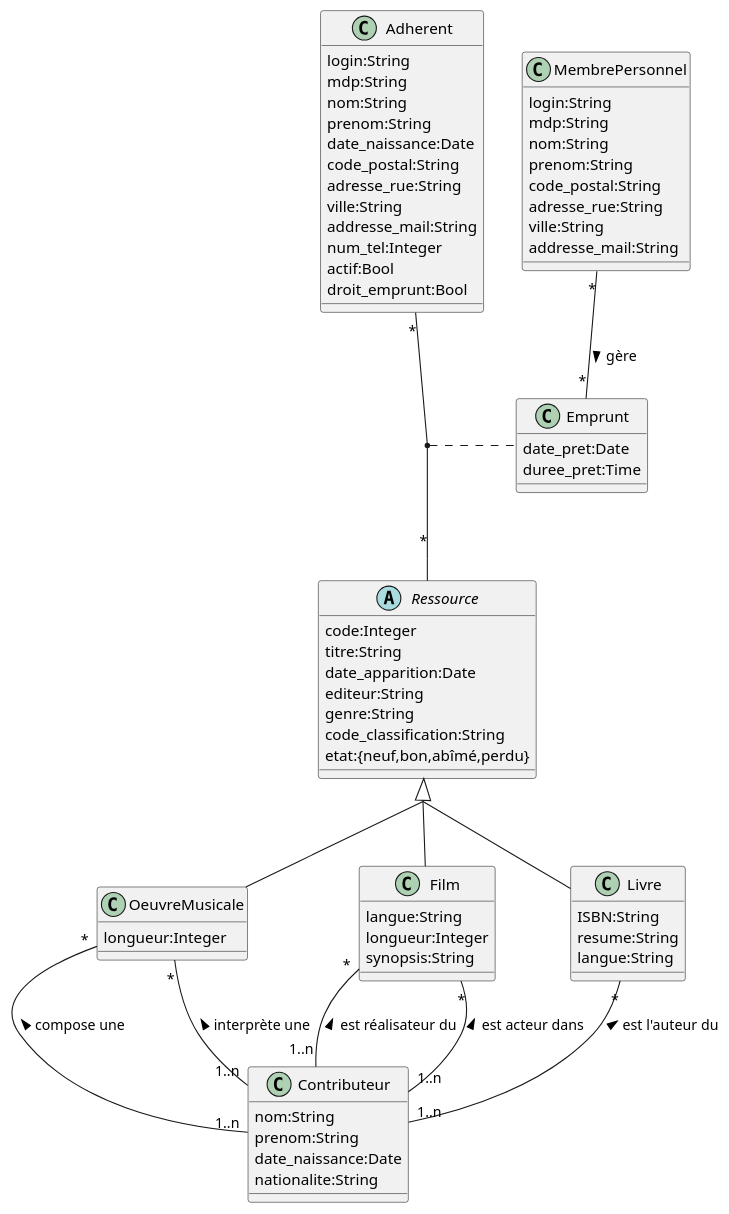
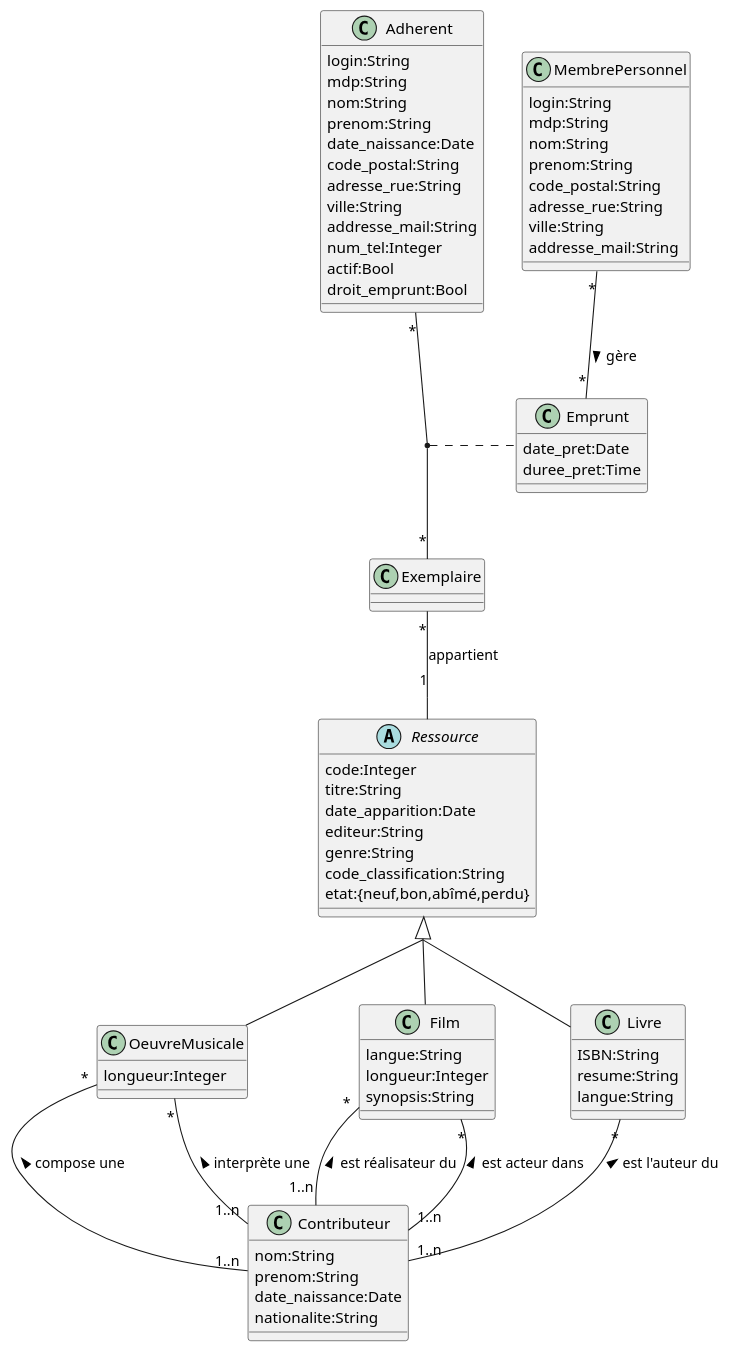
One commit to HouzeZHANG/NF18-DataBase-Project changed the diagram in UML.plantuml. Above: the diagram before and after it, drawn with PlantUML.

```diff
--- a/UML.plantuml
+++ b/UML.plantuml
@@ -1,95 +1,95 @@
 @startuml
 abstract class Ressource{
   code:Integer
   titre:String
   date_apparition:Date
   editeur:String
   genre:String
   code_classification:String
   etat:{neuf,bon,abîmé,perdu}
 }
 
 
 together {
   class Livre{
   ISBN:String
   resume:String
   langue:String
 }
 
 class Film{
   langue:String
   longueur:Integer
   synopsis:String
 }
 
 class OeuvreMusicale{
   longueur:Integer
 }
 }
 
 
 class MembrePersonnel{
   login:String
   mdp:String
   nom:String
   prenom:String
   code_postal:String
   adresse_rue:String
   ville:String
   addresse_mail:String
 }
 
 class Adherent{
   login:String
   mdp:String
   nom:String
   prenom:String
   date_naissance:Date
   code_postal:String
   adresse_rue:String
   ville:String
   addresse_mail:String
   num_tel:Integer
   actif:Bool
   droit_emprunt:Bool
 }
 
 class Contributeur{
   nom:String
   prenom:String
   date_naissance:Date
   nationalite:String
 }
 
 skinparam groupInheritance 2
 
 Ressource <|-- Livre
 Ressource <|-- Film
 Ressource <|-- OeuvreMusicale
 
-
-Adherent "*" -- "*" Ressource
-(Adherent,Ressource) .. Emprunt
+Exemplaire "*" -- "1" Ressource : appartient
+Adherent "*" -- "*" Exemplaire
+(Adherent,Exemplaire) .. Emprunt
 
 MembrePersonnel "*" -- "*" Emprunt : gère >
 
 
 Contributeur "1..n" -up- "*" Livre : est l'auteur du >
 Contributeur "1..n" -up- "*" Film : est réalisateur du >
 Contributeur "1..n" -up- "*" Film : est acteur dans >
 Contributeur "1..n" -up- "*" OeuvreMusicale : compose une >
 Contributeur "1..n" -up- "*" OeuvreMusicale : interprète une >
 
 
 
 class Emprunt{
   date_pret:Date
   duree_pret:Time
 }
 
 
 
 
 
 @enduml
```
